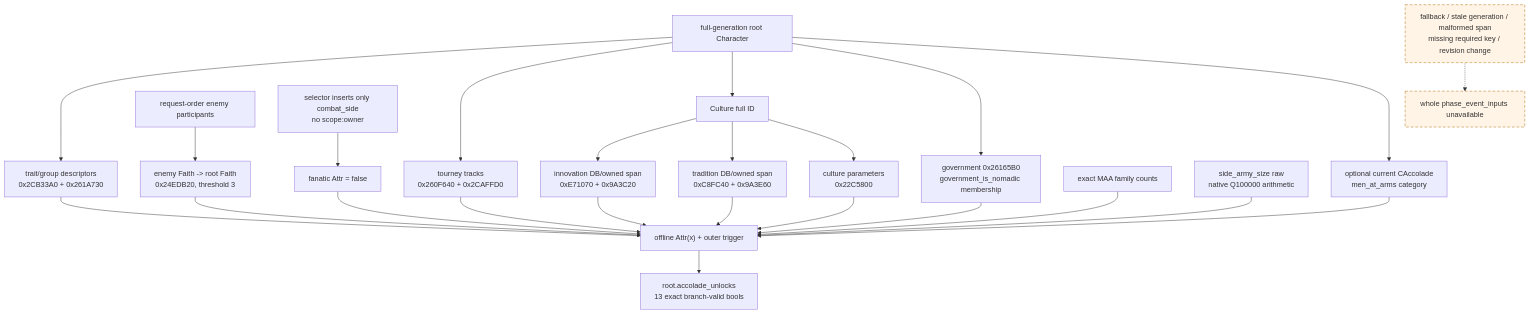
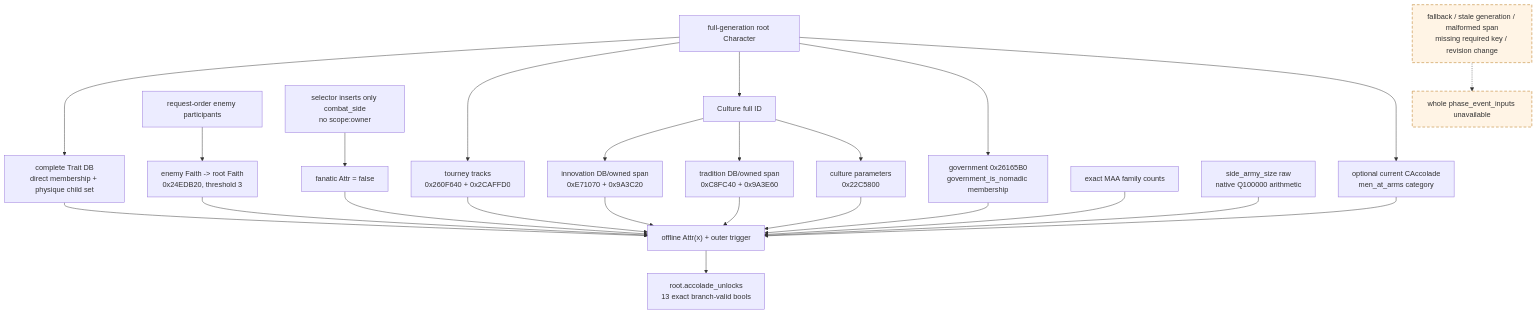
One commit to XenoAmess/ck3_eternal_recurrence changed diagram 20 of 23 in docs/ck3-native-ai/combat-phase-events.md. Above: the diagram before and after it, drawn with Mermaid. The commit also changed other lines of this file and 54 other files, not shown here.

````diff
--- a/docs/ck3-native-ai/combat-phase-events.md
+++ b/docs/ck3-native-ai/combat-phase-events.md
@@ -1988,28 +2056,28 @@
 ```mermaid
 flowchart TD
-    C["full-generation root Character"] --> T["trait/group descriptors<br/>0x2CB33A0 + 0x261A730"]
+    C["full-generation root Character"] --> T["complete Trait DB<br/>direct membership + physique child set"]
     C --> X["tourney tracks<br/>0x260F640 + 0x2CAFFD0"]
     C --> CU["Culture full ID"]
     CU --> I["innovation DB/owned span<br/>0xE71070 + 0x9A3C20"]
     CU --> TR["tradition DB/owned span<br/>0xC8FC40 + 0x9A3E60"]
     CU --> CP["culture parameters<br/>0x22C5800"]
     C --> G["government 0x26165B0<br/>government_is_nomadic membership"]
     C --> AC["optional current CAccolade<br/>men_at_arms category"]
     S["request-order enemy participants"] --> FH["enemy Faith -> root Faith<br/>0x24EDB20, threshold 3"]
     M["exact MAA family counts"] --> A["offline Attr(x) + outer trigger"]
     T --> A
     X --> A
     I --> A
     TR --> A
     CP --> A
     G --> A
     AC --> A
     FH --> A
     SZ["side_army_size raw<br/>native Q100000 arithmetic"] --> A
     A --> O["root.accolade_unlocks<br/>13 exact branch-valid bools"]
     NS["selector inserts only combat_side<br/>no scope:owner"] --> FA["fanatic Attr = false"]
     FA --> A
     U["fallback / stale generation / malformed span<br/>missing required key / revision change"] -.-> F["whole phase_event_inputs unavailable"]
     classDef unknown stroke-dasharray: 6 4,fill:#fff4e5,stroke:#b36b00;
     class U,F unknown;
 ```
````
